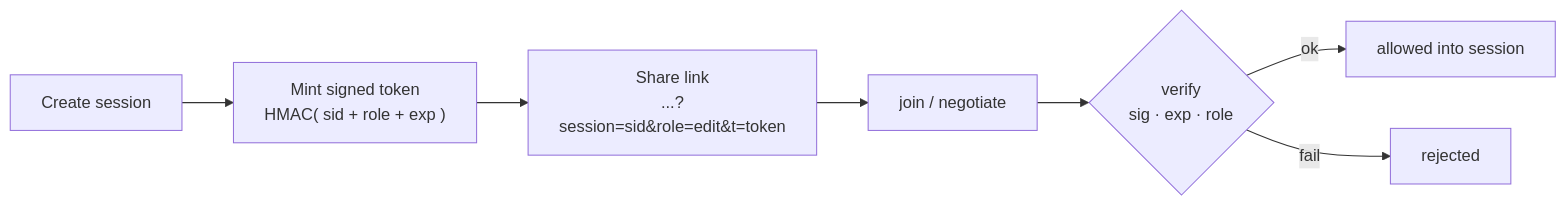
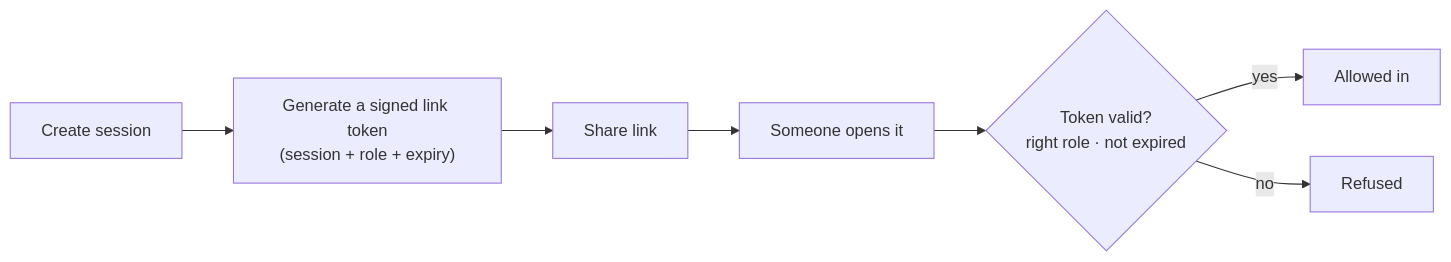
Before and after one commit to WhiTeXCharGe/TF_Testing: the eighth of 9 diagrams in GanttChartEditor/GanttChartEditor_OnlineCollabAzure_Presentation20260904.md, drawn with Mermaid. The commit also changed other lines of this file and 1 other file, not shown here.

````diff
--- a/GanttChartEditor/GanttChartEditor_OnlineCollabAzure_Presentation20260904.md
+++ b/GanttChartEditor/GanttChartEditor_OnlineCollabAzure_Presentation20260904.md
@@ -221,9 +215,9 @@
 ```mermaid
 flowchart LR
-  CR["Create session"] --> TK["Mint signed token<br/>HMAC( sid + role + exp )"]
-  TK --> LK["Share link<br/>...?session=sid&role=edit&t=token"]
-  LK --> JN["join / negotiate"]
-  JN --> VF{"verify<br/>sig · exp · role"}
-  VF -- ok --> IN["allowed into session"]
-  VF -- fail --> RJ["rejected"]
+  CR["Create session"] --> TK["Generate a signed link token<br/>(session + role + expiry)"]
+  TK --> LK["Share link"]
+  LK --> JN["Someone opens it"]
+  JN --> VF{"Token valid?<br/>right role · not expired"}
+  VF -- yes --> IN["Allowed in"]
+  VF -- no --> RJ["Refused"]
 ```
````
